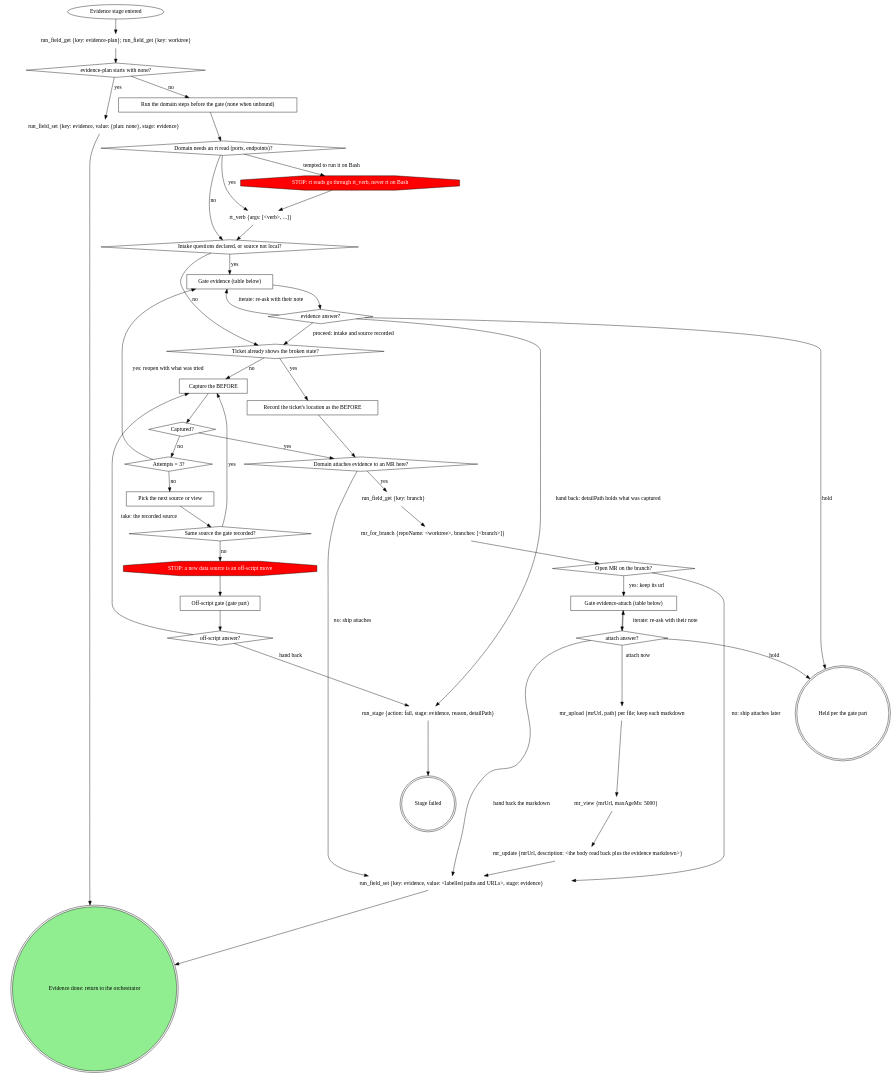
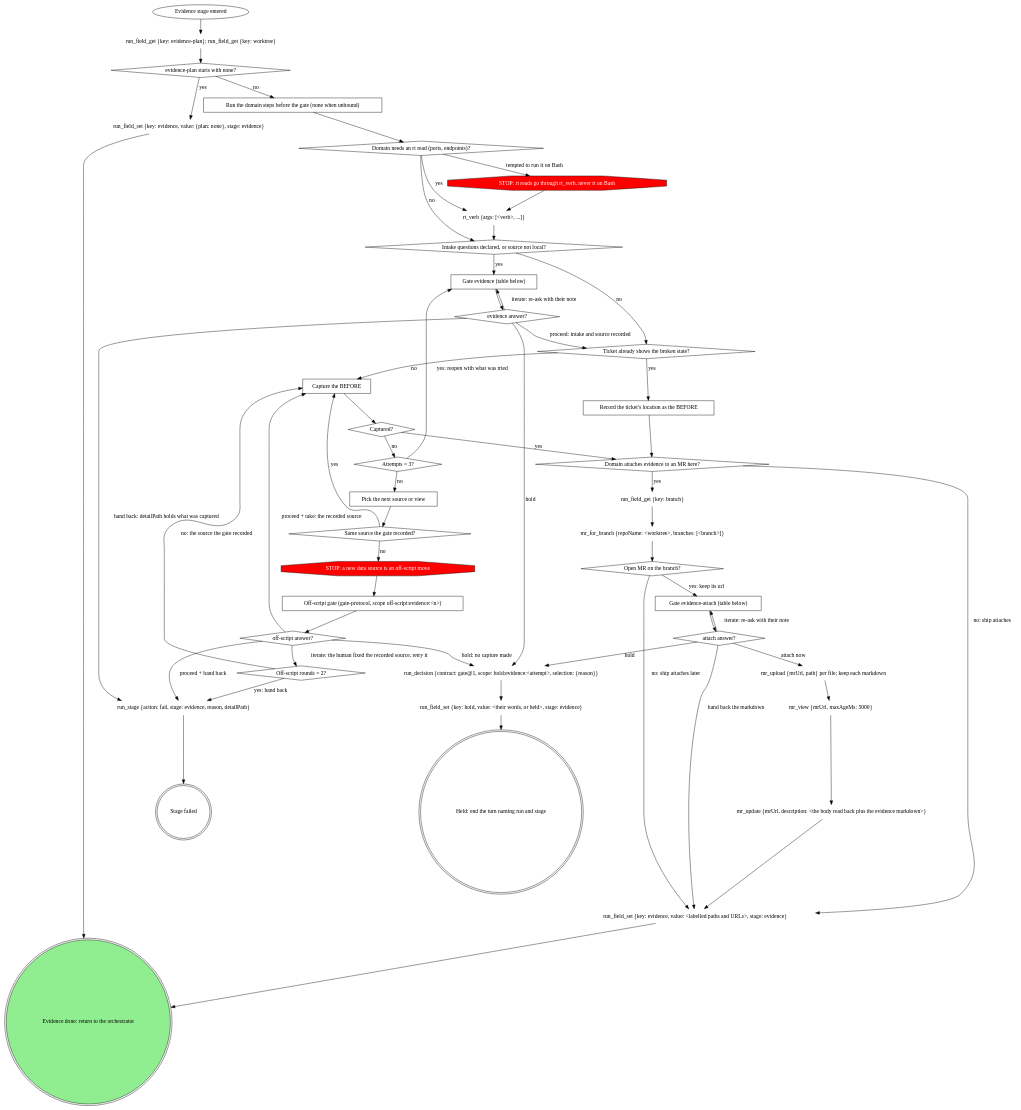
Before and after one commit to m4ttstack/skills: the diagram in attachments/pipeline/stage-evidence/SKILL.md, drawn with Graphviz. The commit also changed other lines of this file and 5 other files, not shown here.

Commit message:
work, stages: record Hold at every hold edge; off-script answers route iterate and hold (RT-343)

```diff
--- a/attachments/pipeline/stage-evidence/SKILL.md
+++ b/attachments/pipeline/stage-evidence/SKILL.md
@@ -46,8 +46,9 @@
     "Pick the next source or view" [shape=box];
     "Same source the gate recorded?" [shape=diamond];
     "STOP: a new data source is an off-script move" [shape=octagon style=filled fillcolor=red fontcolor=white];
-    "Off-script gate (gate part)" [shape=box];
+    "Off-script gate (gate-protocol, scope off-script:evidence:<n>)" [shape=box];
     "off-script answer?" [shape=diamond];
+    "Off-script rounds = 2?" [shape=diamond];
     "Domain attaches evidence to an MR here?" [shape=diamond];
     "run_field_get {key: branch}" [shape=plaintext];
     "mr_for_branch {repoName: <worktree>, branches: [<branch>]}" [shape=plaintext];
@@ -59,7 +60,9 @@
     "mr_update {mrUrl, description: <the body read back plus the evidence markdown>}" [shape=plaintext];
     "run_field_set {key: evidence, value: <labelled paths and URLs>, stage: evidence}" [shape=plaintext];
     "run_stage {action: fail, stage: evidence, reason, detailPath}" [shape=plaintext];
-    "Held per the gate part" [shape=doublecircle];
+    "run_decision {contract: gate@1, scope: hold:evidence:<attempt>, selection: {reason}}" [shape=plaintext];
+    "run_field_set {key: hold, value: <their words, or held>, stage: evidence}" [shape=plaintext];
+    "Held: end the turn naming run and stage" [shape=doublecircle];
     "Stage failed" [shape=doublecircle];
     "Evidence done: return to the orchestrator" [shape=doublecircle style=filled fillcolor=lightgreen];
 
@@ -79,7 +82,7 @@
     "Gate evidence (table below)" -> "evidence answer?";
     "evidence answer?" -> "Ticket already shows the broken state?" [label="proceed: intake and source recorded"];
     "evidence answer?" -> "Gate evidence (table below)" [label="iterate: re-ask with their note"];
-    "evidence answer?" -> "Held per the gate part" [label="hold"];
+    "evidence answer?" -> "run_decision {contract: gate@1, scope: hold:evidence:<attempt>, selection: {reason}}" [label="hold"];
     "evidence answer?" -> "run_stage {action: fail, stage: evidence, reason, detailPath}" [label="hand back: detailPath holds what was captured"];
     "Ticket already shows the broken state?" -> "Record the ticket's location as the BEFORE" [label="yes"];
     "Ticket already shows the broken state?" -> "Capture the BEFORE" [label="no"];
@@ -92,10 +95,14 @@
     "Pick the next source or view" -> "Same source the gate recorded?";
     "Same source the gate recorded?" -> "Capture the BEFORE" [label="yes"];
     "Same source the gate recorded?" -> "STOP: a new data source is an off-script move" [label="no"];
-    "STOP: a new data source is an off-script move" -> "Off-script gate (gate part)";
-    "Off-script gate (gate part)" -> "off-script answer?";
-    "off-script answer?" -> "Capture the BEFORE" [label="take: the recorded source"];
-    "off-script answer?" -> "run_stage {action: fail, stage: evidence, reason, detailPath}" [label="hand back"];
+    "STOP: a new data source is an off-script move" -> "Off-script gate (gate-protocol, scope off-script:evidence:<n>)";
+    "Off-script gate (gate-protocol, scope off-script:evidence:<n>)" -> "off-script answer?";
+    "off-script answer?" -> "Capture the BEFORE" [label="proceed + take: the recorded source"];
+    "off-script answer?" -> "run_stage {action: fail, stage: evidence, reason, detailPath}" [label="proceed + hand back"];
+    "off-script answer?" -> "Off-script rounds = 2?" [label="iterate: the human fixed the recorded source, retry it"];
+    "off-script answer?" -> "run_decision {contract: gate@1, scope: hold:evidence:<attempt>, selection: {reason}}" [label="hold: no capture made"];
+    "Off-script rounds = 2?" -> "Capture the BEFORE" [label="no: the source the gate recorded"];
+    "Off-script rounds = 2?" -> "run_stage {action: fail, stage: evidence, reason, detailPath}" [label="yes: hand back"];
     "Domain attaches evidence to an MR here?" -> "run_field_get {key: branch}" [label="yes"];
     "run_field_get {key: branch}" -> "mr_for_branch {repoName: <worktree>, branches: [<branch>]}";
     "Domain attaches evidence to an MR here?" -> "run_field_set {key: evidence, value: <labelled paths and URLs>, stage: evidence}" [label="no: ship attaches"];
@@ -105,7 +112,9 @@
     "Gate evidence-attach (table below)" -> "attach answer?";
     "attach answer?" -> "mr_upload {mrUrl, path} per file; keep each markdown" [label="attach now"];
     "attach answer?" -> "run_field_set {key: evidence, value: <labelled paths and URLs>, stage: evidence}" [label="hand back the markdown"];
-    "attach answer?" -> "Held per the gate part" [label="hold"];
+    "attach answer?" -> "run_decision {contract: gate@1, scope: hold:evidence:<attempt>, selection: {reason}}" [label="hold"];
+    "run_decision {contract: gate@1, scope: hold:evidence:<attempt>, selection: {reason}}" -> "run_field_set {key: hold, value: <their words, or held>, stage: evidence}";
+    "run_field_set {key: hold, value: <their words, or held>, stage: evidence}" -> "Held: end the turn naming run and stage";
     "attach answer?" -> "Gate evidence-attach (table below)" [label="iterate: re-ask with their note"];
     "mr_upload {mrUrl, path} per file; keep each markdown" -> "mr_view {mrUrl, maxAgeMs: 5000}";
     "mr_view {mrUrl, maxAgeMs: 5000}" -> "mr_update {mrUrl, description: <the body read back plus the evidence markdown>}";
```
